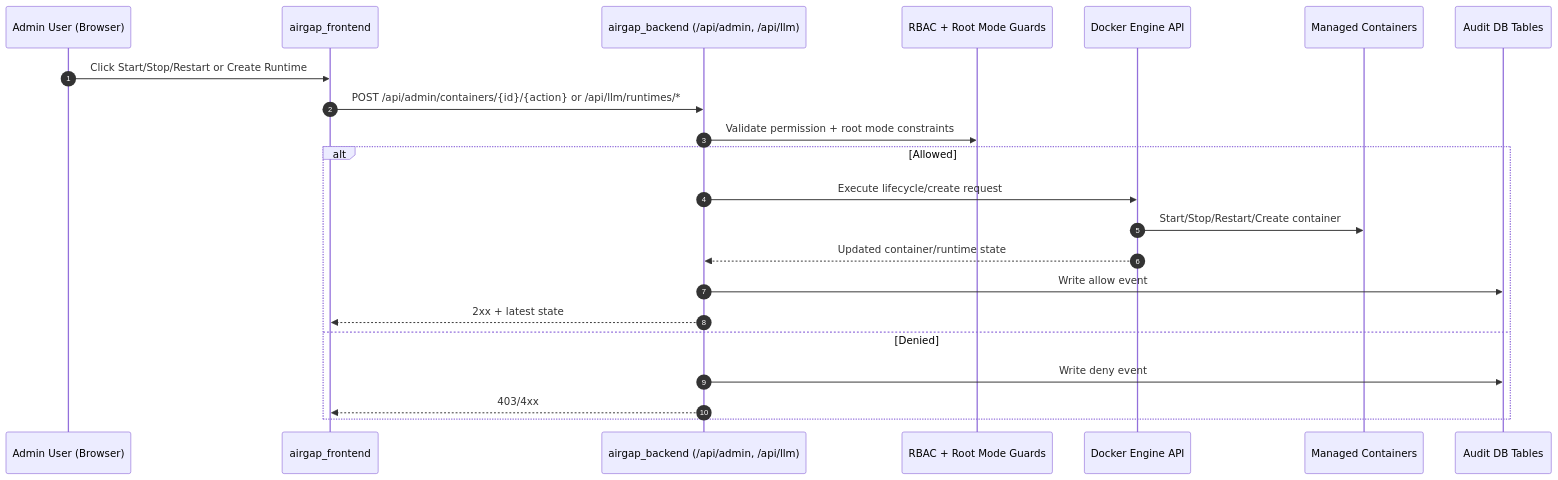
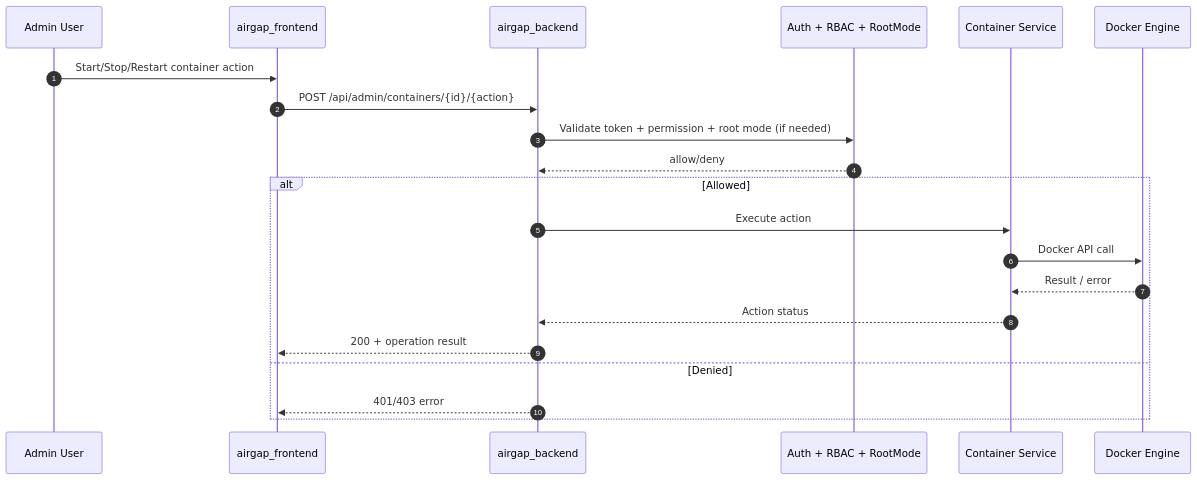
The sixth of 10 diagrams in profile/call-sequence.md (llm-port/.github), drawn with Mermaid before and after one commit. The commit also changed other lines of this file and 1 other file, not shown here.

Commit message:
update call sequence and readme

````diff
--- a/profile/call-sequence.md
+++ b/profile/call-sequence.md
@@ -36,25 +185,24 @@
 ```mermaid
 sequenceDiagram
     autonumber
-    participant User as Admin User (Browser)
+    participant U as Admin User
     participant FE as airgap_frontend
-    participant BE as airgap_backend (/api/admin, /api/llm)
-    participant RBAC as RBAC + Root Mode Guards
-    participant Docker as Docker Engine API
-    participant Cont as Managed Containers
-    participant Audit as Audit DB Tables
+    participant BE as airgap_backend
+    participant RBAC as Auth + RBAC + RootMode
+    participant OPS as Container Service
+    participant DE as Docker Engine
 
-    User->>FE: Click Start/Stop/Restart or Create Runtime
-    FE->>BE: POST /api/admin/containers/{id}/{action} or /api/llm/runtimes/*
-    BE->>RBAC: Validate permission + root mode constraints
+    U->>FE: Start/Stop/Restart container action
+    FE->>BE: POST /api/admin/containers/{id}/{action}
+    BE->>RBAC: Validate token + permission + root mode (if needed)
+    RBAC-->>BE: allow/deny
     alt Allowed
-        BE->>Docker: Execute lifecycle/create request
-        Docker->>Cont: Start/Stop/Restart/Create container
-        Docker-->>BE: Updated container/runtime state
-        BE->>Audit: Write allow event
-        BE-->>FE: 2xx + latest state
+      BE->>OPS: Execute action
+      OPS->>DE: Docker API call
+      DE-->>OPS: Result / error
+      OPS-->>BE: Action status
+      BE-->>FE: 200 + operation result
     else Denied
-        BE->>Audit: Write deny event
-        BE-->>FE: 403/4xx
+      BE-->>FE: 401/403 error
     end
 ```
````
